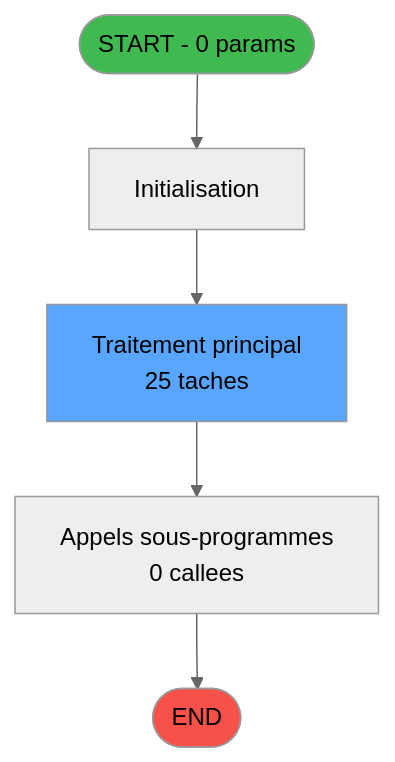
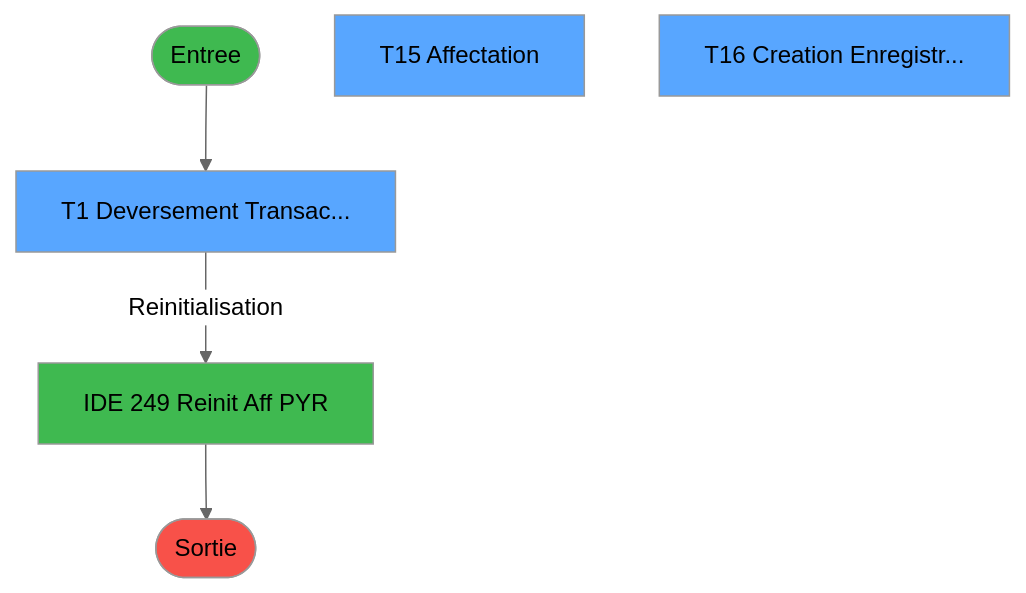
One commit to thonyAGP/magic-migration changed the first of 3 diagrams in .openspec/specs/ADH-IDE-247.md. Above: the diagram before and after it, drawn with Mermaid (neutral theme). The commit also changed other lines of this file and 20 other files, not shown here.

````diff
--- a/.openspec/specs/ADH-IDE-247.md
+++ b/.openspec/specs/ADH-IDE-247.md
@@ -111,14 +385,18 @@
 ```mermaid
 flowchart TD
-    START([START - 0 params])
-    INIT["Initialisation"]
-    PROCESS["Traitement principal<br/>25 taches"]
-    CALLS["Appels sous-programmes<br/>0 callees"]
-    ENDOK([END])
-
-    START --> INIT --> PROCESS --> CALLS --> ENDOK
-
+    START([Entree])
     style START fill:#3fb950
-    style ENDOK fill:#f85149
-    style PROCESS fill:#58a6ff
+    VF1[T1 Deversement Transac...]
+    style VF1 fill:#58a6ff
+    VF15[T15 Affectation]
+    style VF15 fill:#58a6ff
+    VF16[T16 Creation Enregistr...]
+    style VF16 fill:#58a6ff
+    EXT249[IDE 249 Reinit Aff PYR]
+    style EXT249 fill:#3fb950
+    FIN([Sortie])
+    style FIN fill:#f85149
+    START --> VF1
+    VF1 -->|Reinitialisation| EXT249
+    EXT249 --> FIN
 ```
````
